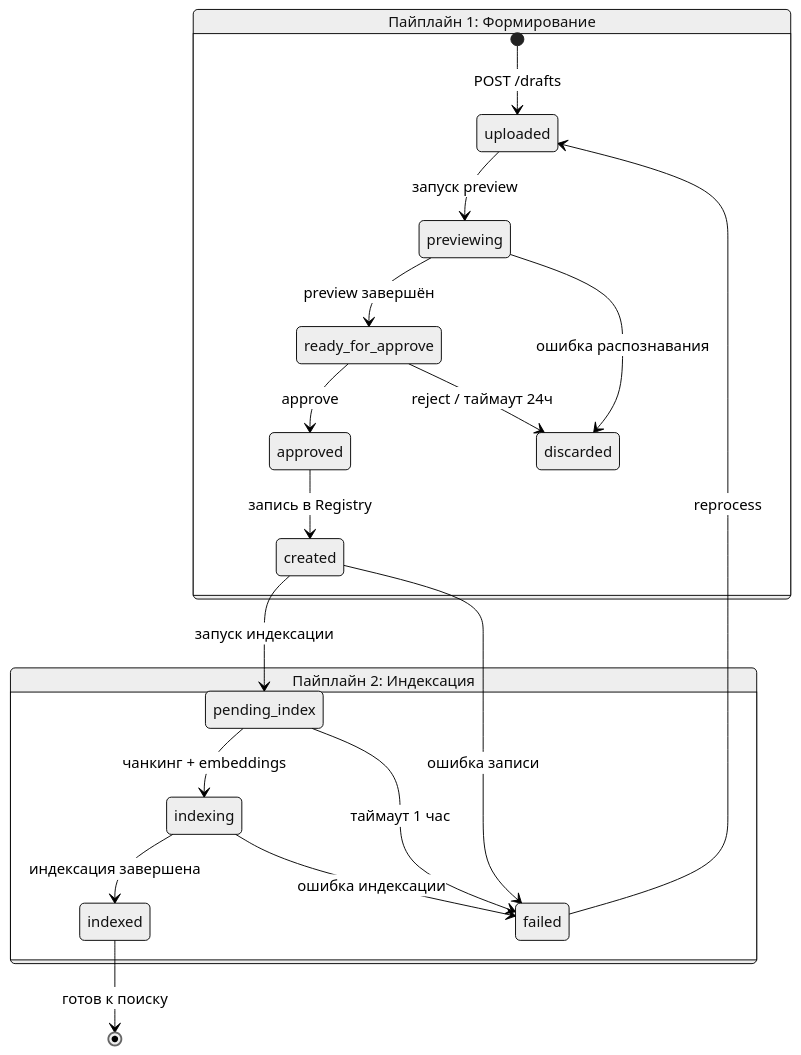
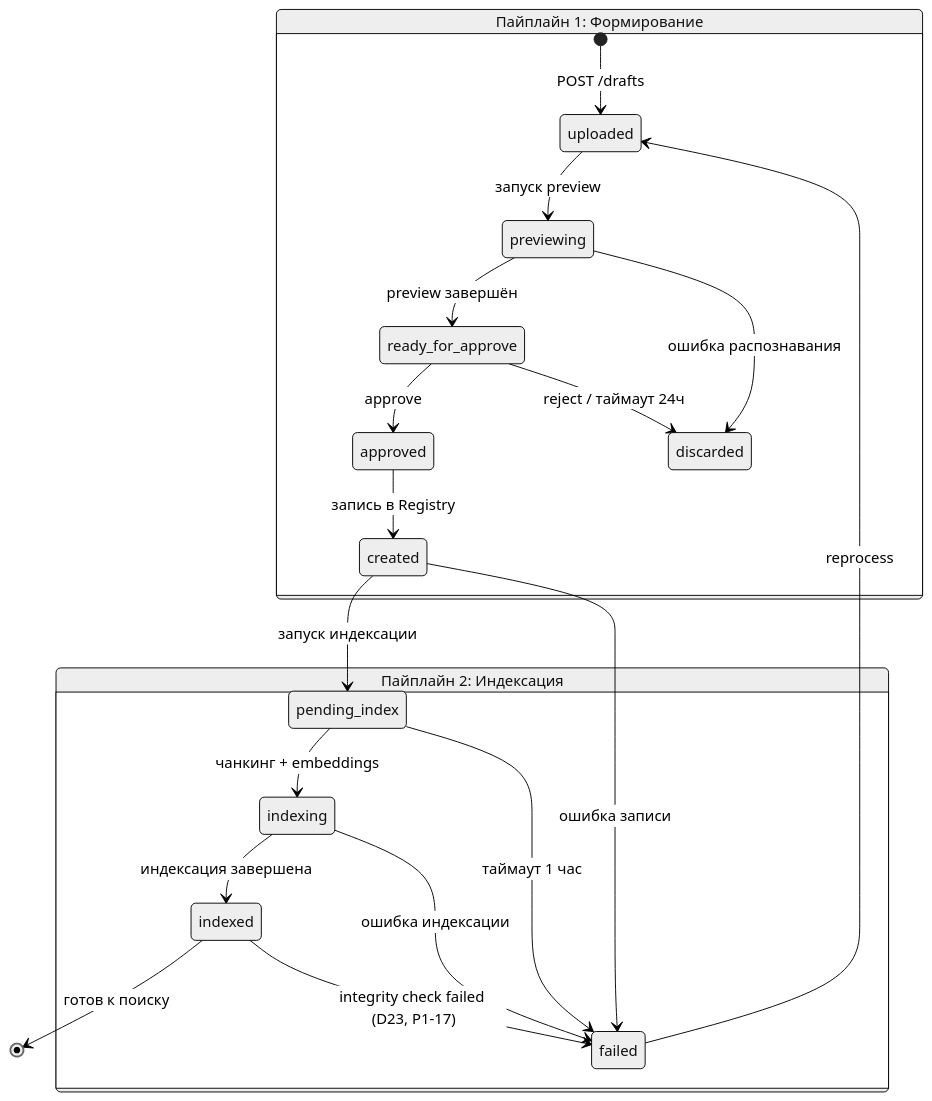
Before and after one commit to MasterKSAF/PKB: the third of 4 diagrams in docs/pipelines/overview.md, drawn with Mermaid (neutral theme). The commit also changed other lines of this file and 30 other files, not shown here.

````diff
--- a/docs/pipelines/overview.md
+++ b/docs/pipelines/overview.md
@@ -357,24 +359,25 @@
 ```mermaid
 stateDiagram-v2
     state "Пайплайн 1: Формирование" as P1 {
         [*] --> uploaded : POST /drafts
         uploaded --> previewing : запуск preview
         previewing --> ready_for_approve : preview завершён
         previewing --> discarded : ошибка распознавания
         ready_for_approve --> approved : approve
         ready_for_approve --> discarded : reject / таймаут 24ч
         approved --> created : запись в Registry
         created --> pending_index : запуск индексации
         created --> failed : ошибка записи
     }
 
     state "Пайплайн 2: Индексация" as P2 {
         pending_index --> indexing : чанкинг + embeddings
         indexing --> indexed : индексация завершена
         indexing --> failed : ошибка индексации
         pending_index --> failed : таймаут 1 час
     }
 
     indexed --> [*] : готов к поиску
+    indexed --> failed : integrity check failed (D23, P1-17)
     failed --> uploaded : reprocess
 ```
````
